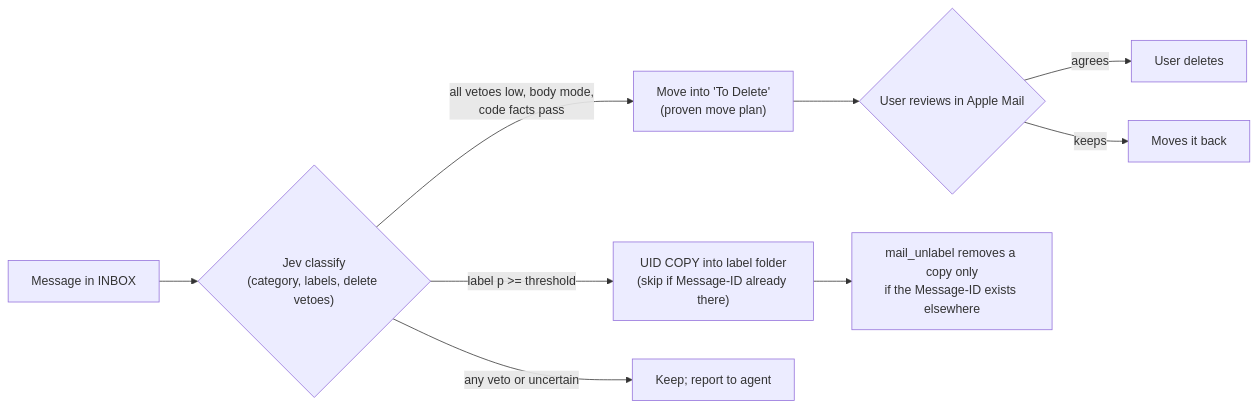
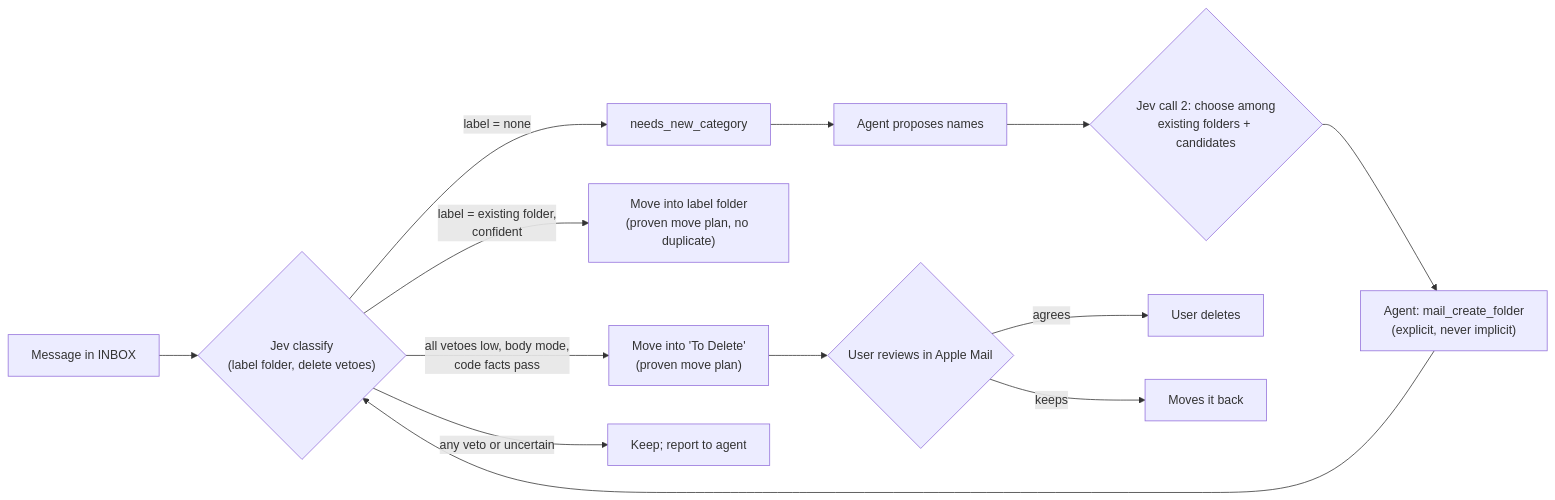
Before and after one commit to albertc71/MailBend: the third of 4 diagrams in plans/261005-1918-mailbend-labels-jev-rust-helpers/plan.md, drawn with Mermaid. The commit also changed other lines of this file and 7 other files, not shown here.

First line of the commit message:
docs: make labels folder moves and categories the label in the plan

````diff
--- a/plans/261005-1918-mailbend-labels-jev-rust-helpers/plan.md
+++ b/plans/261005-1918-mailbend-labels-jev-rust-helpers/plan.md
@@ -142,11 +142,15 @@
 ```mermaid
 flowchart LR
-  m["Message in INBOX"] --> c{"Jev classify<br/>(category, labels, delete vetoes)"}
-  c -- "label p >= threshold" --> l["UID COPY into label folder<br/>(skip if Message-ID already there)"]
+  m["Message in INBOX"] --> c{"Jev classify<br/>(label folder, delete vetoes)"}
   c -- "all vetoes low, body mode,<br/>code facts pass" --> r["Move into 'To Delete'<br/>(proven move plan)"]
+  c -- "label = existing folder,<br/>confident" --> cat["Move into label folder<br/>(proven move plan, no duplicate)"]
+  c -- "label = none" --> nn["needs_new_category"]
+  nn --> ag["Agent proposes names"]
+  ag --> c2{"Jev call 2: choose among<br/>existing folders + candidates"}
+  c2 --> mk["Agent: mail_create_folder<br/>(explicit, never implicit)"]
+  mk --> c
   c -- "any veto or uncertain" --> k["Keep; report to agent"]
   r --> u{"User reviews in Apple Mail"}
   u -- "agrees" --> del["User deletes"]
   u -- "keeps" --> back["Moves it back"]
-  l --> un["mail_unlabel removes a copy only<br/>if the Message-ID exists elsewhere"]
 ```
````
